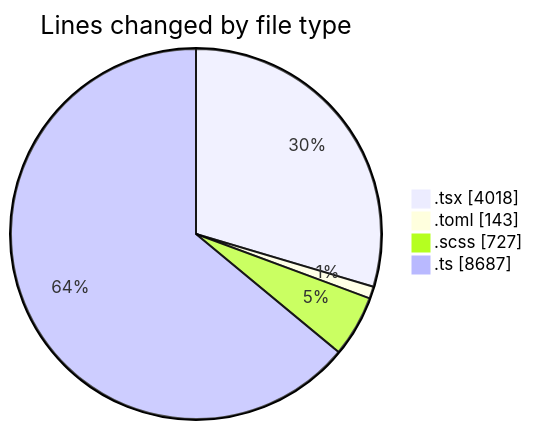
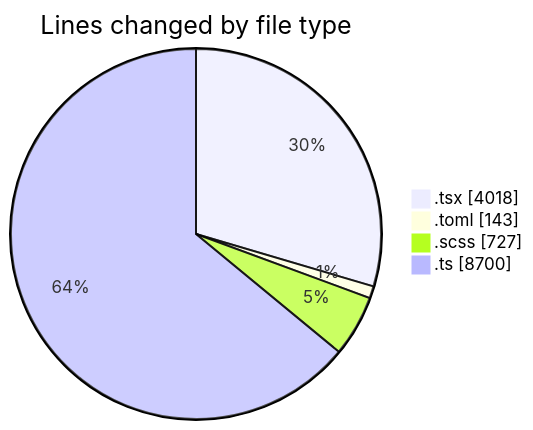
Before and after one commit to momahboobian/code-tracking: the first of 2 diagrams in 2026-11-02/cda/README.md, drawn with Mermaid. The commit also changed other lines of this file and 1 other file, not shown here.

````diff
--- a/2026-11-02/cda/README.md
+++ b/2026-11-02/cda/README.md
@@ -64,8 +64,8 @@
 ```mermaid
 pie showData
 title Lines changed by file type
 ".tsx" : 4018
 ".toml" : 143
 ".scss" : 727
-".ts" : 8687
+".ts" : 8700
 ```
````
